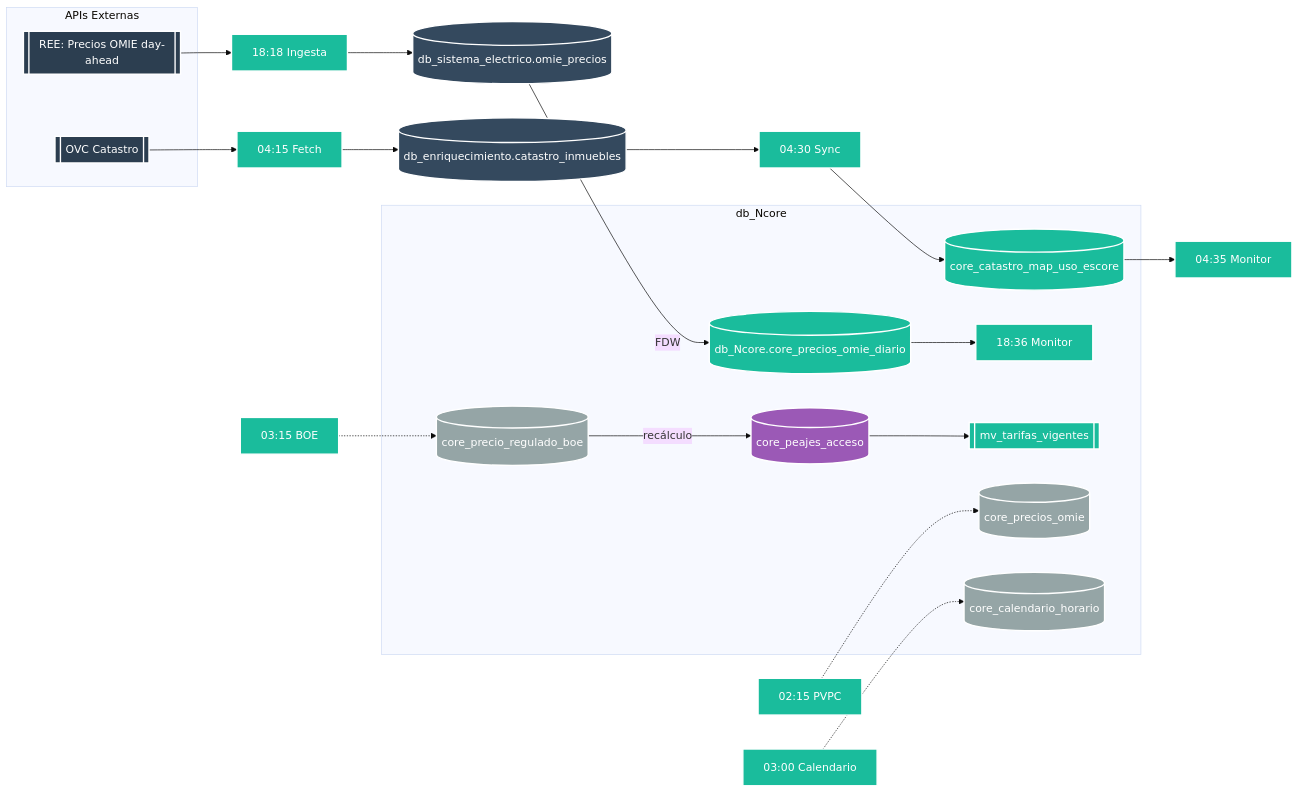
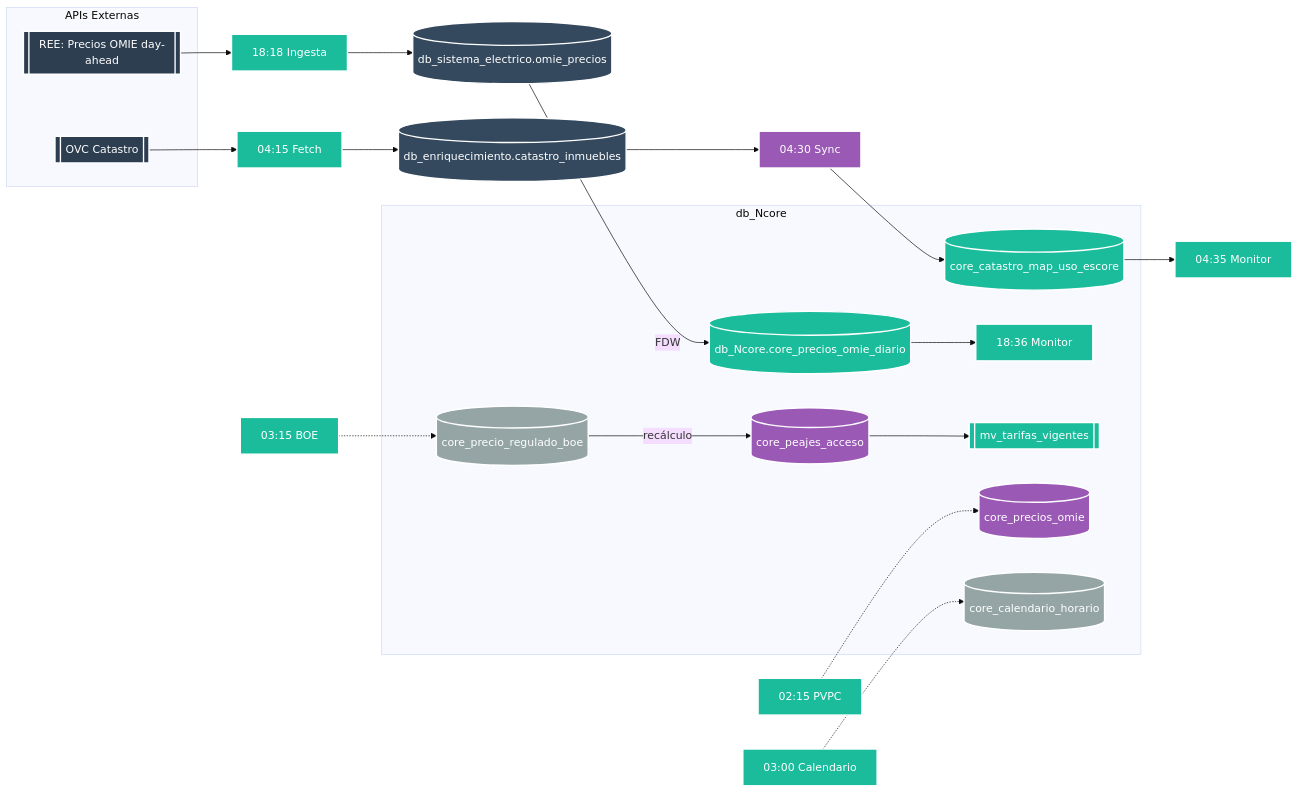
The diagram in docs/README_actualizaciones_automaticas.md (EGD2024/db-watioverse), drawn with Mermaid (base theme) before and after one commit. The commit also changed 3 other files, not shown here.

````diff
--- a/docs/README_actualizaciones_automaticas.md
+++ b/docs/README_actualizaciones_automaticas.md
@@ -28,59 +28,59 @@
 ```mermaid
 flowchart LR
     subgraph APIs[APIs Externas]
         A[[REE: Precios OMIE day-ahead]]
         CAT[[OVC Catastro]]
     end
 
     T1[18:18 Ingesta]
     T2[04:15 Fetch]
     T3[04:30 Sync]
     T4[18:36 Monitor]
     T5[02:15 PVPC]
     T6[03:00 Calendario]
     T7[03:15 BOE]
     T8[04:35 Monitor]
 
     A --> T1 --> B[(db_sistema_electrico.omie_precios)]
     B -->|FDW| C[(db_Ncore.core_precios_omie_diario)]
     
     CAT --> T2 --> ENR[(db_enriquecimiento.catastro_inmuebles)]
     ENR --> T3 --> CATMAP[(core_catastro_map_uso_escore)]
 
     subgraph Ncore[db_Ncore]
         C --> T4
         D[(core_precios_omie)]
         E[(core_calendario_horario)]
         F[(core_precio_regulado_boe)]
         G[(core_peajes_acceso)]
         CATMAP
         MV[[mv_tarifas_vigentes]]
     end
 
     T5 -.-> D
     T6 -.-> E
     T7 -.-> F
     F -->|recálculo| G --> MV
     CATMAP --> T8
 
     style A fill:#2C3E50,stroke:#ffffff,stroke-width:2px,color:#ffffff
     style CAT fill:#2C3E50,stroke:#ffffff,stroke-width:2px,color:#ffffff
     style B fill:#34495E,stroke:#ffffff,stroke-width:2px,color:#ffffff
     style ENR fill:#34495E,stroke:#ffffff,stroke-width:2px,color:#ffffff
     style C fill:#1ABC9C,stroke:#ffffff,stroke-width:2px,color:#ffffff
     style CATMAP fill:#1ABC9C,stroke:#ffffff,stroke-width:2px,color:#ffffff
-    style D fill:#95A5A6,stroke:#ffffff,stroke-width:2px,color:#ffffff
+    style D fill:#9B59B6,stroke:#ffffff,stroke-width:2px,color:#ffffff
     style E fill:#95A5A6,stroke:#ffffff,stroke-width:2px,color:#ffffff
     style F fill:#95A5A6,stroke:#ffffff,stroke-width:2px,color:#ffffff
     style G fill:#9B59B6,stroke:#ffffff,stroke-width:2px,color:#ffffff
     style MV fill:#1ABC9C,stroke:#ffffff,stroke-width:2px,color:#ffffff
     
     style T1 fill:#1ABC9C,stroke:#ffffff,stroke-width:2px,color:#ffffff
     style T2 fill:#1ABC9C,stroke:#ffffff,stroke-width:2px,color:#ffffff
-    style T3 fill:#1ABC9C,stroke:#ffffff,stroke-width:2px,color:#ffffff
+    style T3 fill:#9B59B6,stroke:#ffffff,stroke-width:2px,color:#ffffff
     style T4 fill:#1ABC9C,stroke:#ffffff,stroke-width:2px,color:#ffffff
     style T5 fill:#1ABC9C,stroke:#ffffff,stroke-width:2px,color:#ffffff
     style T6 fill:#1ABC9C,stroke:#ffffff,stroke-width:2px,color:#ffffff
     style T7 fill:#1ABC9C,stroke:#ffffff,stroke-width:2px,color:#ffffff
     style T8 fill:#1ABC9C,stroke:#ffffff,stroke-width:2px,color:#ffffff
 ```
````
